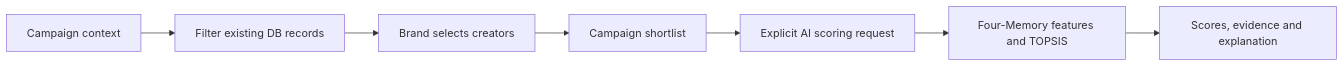
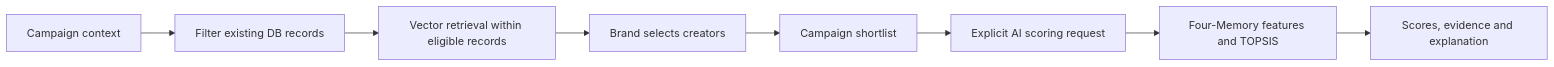
The diagram in docs/creator-discovery.md (KhaiMinhVo/SEP.BE), drawn with Mermaid before and after one commit. The commit also changed other lines of this file and 13 other files, not shown here.

````diff
--- a/docs/creator-discovery.md
+++ b/docs/creator-discovery.md
@@ -3,9 +3,10 @@
 ```mermaid
 flowchart LR
     A[Campaign context] --> B[Filter existing DB records]
-    B --> C[Brand selects creators]
+    B --> V[Vector retrieval within eligible records]
+    V --> C[Brand selects creators]
     C --> D[Campaign shortlist]
     D --> E[Explicit AI scoring request]
     E --> F[Four-Memory features and TOPSIS]
     F --> G[Scores, evidence and explanation]
 ```
````
